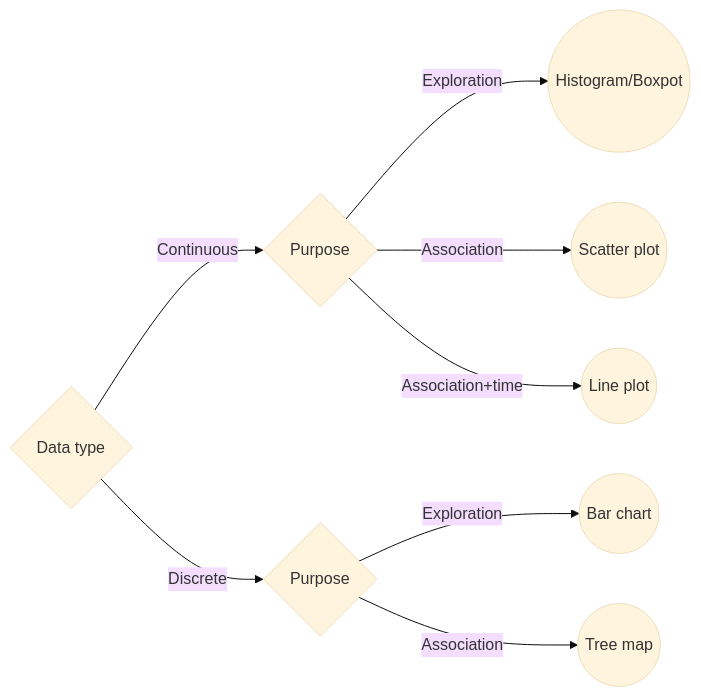
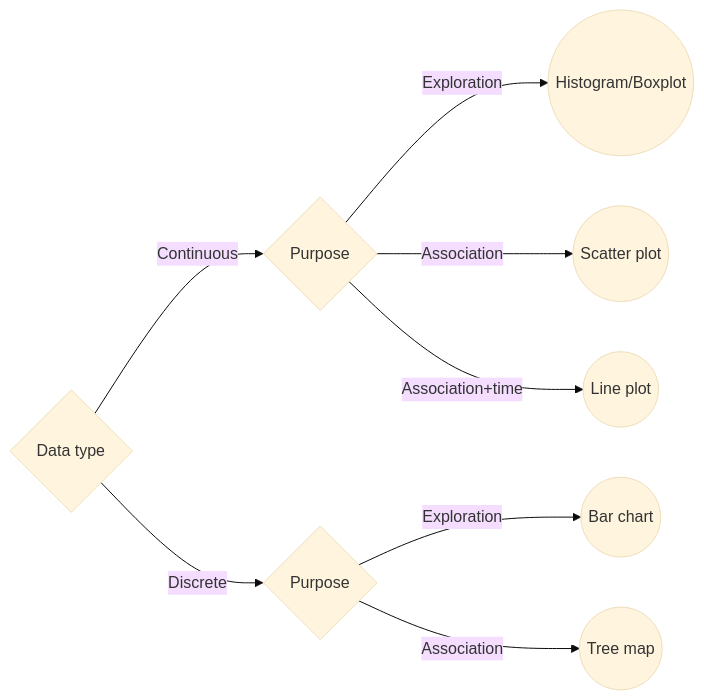
Before and after one commit to ychsu987/ychsu987.github.io: the diagram in _content/modules/bdata/ggplot2.qmd, drawn with Mermaid (base theme). The commit also changed other lines of this file and 31 other files, not shown here.

````diff
--- a/_content/modules/bdata/ggplot2.qmd
+++ b/_content/modules/bdata/ggplot2.qmd
@@ -79,12 +79,12 @@
 ```{mermaid}
 flowchart LR
   A{Data type} -->|Continuous| B{Purpose}
   A{Data type}  -->|Discrete| C{Purpose}
 
-  B{Purpose}-->|Exploration| D((Histogram/Boxpot))
+  B{Purpose}-->|Exploration| D((Histogram/Boxplot))
   B{Purpose} -->|Association| E((Scatter plot))
   B{Purpose} -->|Association+time| T((Line plot))
 
   C{Purpose}-->|Exploration| F((Bar chart))
   C{Purpose} -->|Association| G((Tree map))
 ```
````
